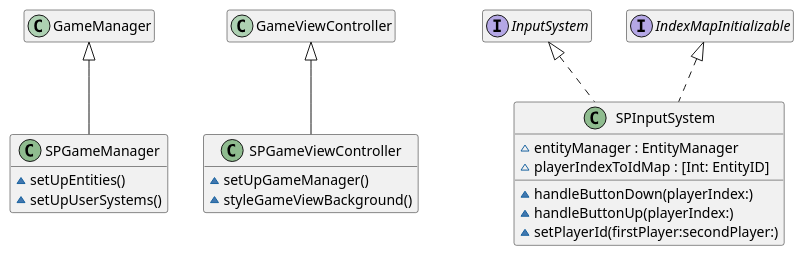
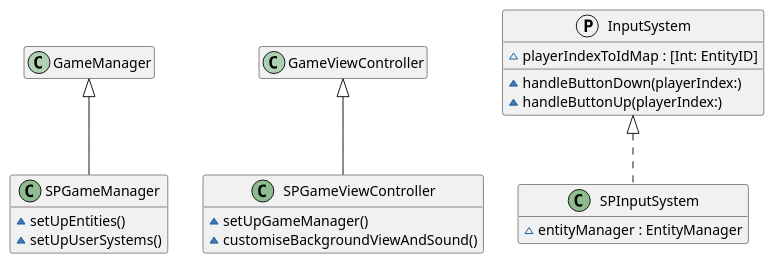
The diagram in diagrams/SpaceshipGameandDuelKit.puml (xlzior/dumb-duels), drawn with PlantUML before and after one commit. The commit also changed 1 other file, not shown here.

Commit message:
Remove IndexMapInitializable

```diff
--- a/diagrams/SpaceshipGameandDuelKit.puml
+++ b/diagrams/SpaceshipGameandDuelKit.puml
@@ -1,31 +1,33 @@
 @startuml
 ' STYLE START
 hide empty members
 
 skinparam shadowing false
 <style>
 document {
   BackgroundColor transparent
   Margin 0
 }
 </style>
 ' STYLE END
 
 class SPGameManager << (C, DarkSeaGreen) >> extends GameManager { 
   ~setUpEntities()
   ~setUpUserSystems() 
 }
 class SPGameViewController << (C, DarkSeaGreen) >> extends GameViewController { 
   ~setUpGameManager()
-  ~styleGameViewBackground() 
+  ~customiseBackgroundViewAndSound() 
 }
 
-class SPInputSystem << (C, DarkSeaGreen) >> implements InputSystem, IndexMapInitializable { 
-  ~entityManager : EntityManager
+protocol InputSystem {
   ~playerIndexToIdMap : [Int: EntityID]
   ~handleButtonDown(playerIndex:)
   ~handleButtonUp(playerIndex:)
-  ~setPlayerId(firstPlayer:secondPlayer:)
+}
+
+class SPInputSystem << (C, DarkSeaGreen) >> implements InputSystem { 
+  ~entityManager : EntityManager
 }
 
 @enduml
```
